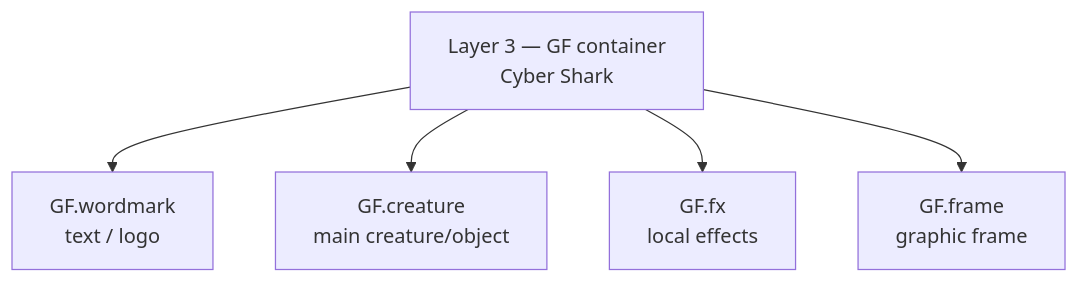
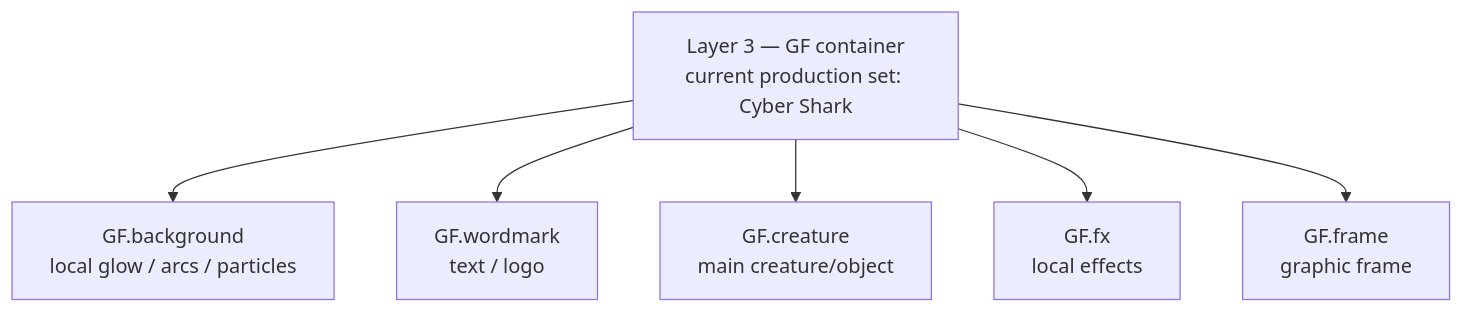
The second of 2 diagrams in docs/PULSEDECK_LAYER_ARCHITECTURE.md (faric-ua/faric-music-visualizer), drawn with Mermaid before and after one commit. The commit also changed other lines of this file, not shown here.

Commit message:
docs: document Layer 0 subobjects and GF background transforms

````diff
--- a/docs/PULSEDECK_LAYER_ARCHITECTURE.md
+++ b/docs/PULSEDECK_LAYER_ARCHITECTURE.md
@@ -62,12 +73,14 @@
 ```mermaid
 flowchart TB
-    GF["Layer 3 — GF container<br/>Cyber Shark"]
+    GF["Layer 3 — GF container<br/>current production set: Cyber Shark"]
+    BG["GF.background<br/>local glow / arcs / particles"]
     W["GF.wordmark<br/>text / logo"]
     C["GF.creature<br/>main creature/object"]
     FX["GF.fx<br/>local effects"]
     F["GF.frame<br/>graphic frame"]
+    GF --> BG
     GF --> W
     GF --> C
     GF --> FX
     GF --> F
 ```
````
